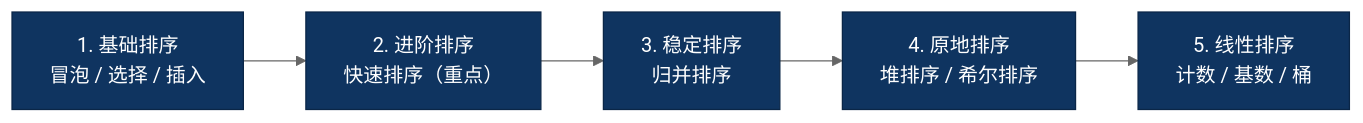
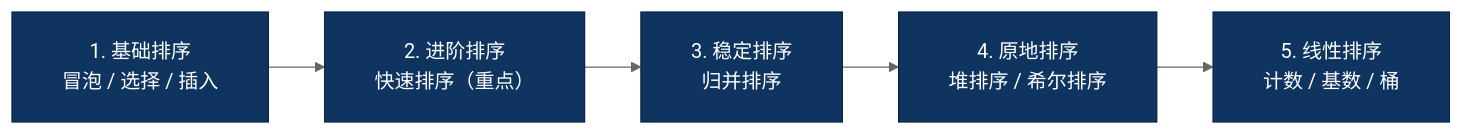
One commit to microwind/algorithms changed diagram 17 of 17 in sorting/README.md. Above: the diagram before and after it, drawn with Mermaid (neutral theme). The commit also changed other lines of this file and 3 other files, not shown here.

````diff
--- a/sorting/README.md
+++ b/sorting/README.md
@@ -606,11 +622,12 @@
 ```mermaid
+%%{init: {'flowchart': {'nodeSpacing': 15, 'rankSpacing': 45, 'padding': 20}}}%%
 graph LR
     L1["1. 基础排序<br/>冒泡 / 选择 / 插入"] --> L2["2. 进阶排序<br/>快速排序（重点）"]
     L2 --> L3["3. 稳定排序<br/>归并排序"]
     L3 --> L4["4. 原地排序<br/>堆排序 / 希尔排序"]
     L4 --> L5["5. 线性排序<br/>计数 / 基数 / 桶"]
 
     classDef step fill:#0f3460,color:#fff,stroke:#0a2647
 
     class L1,L2,L3,L4,L5 step
 ```
````
